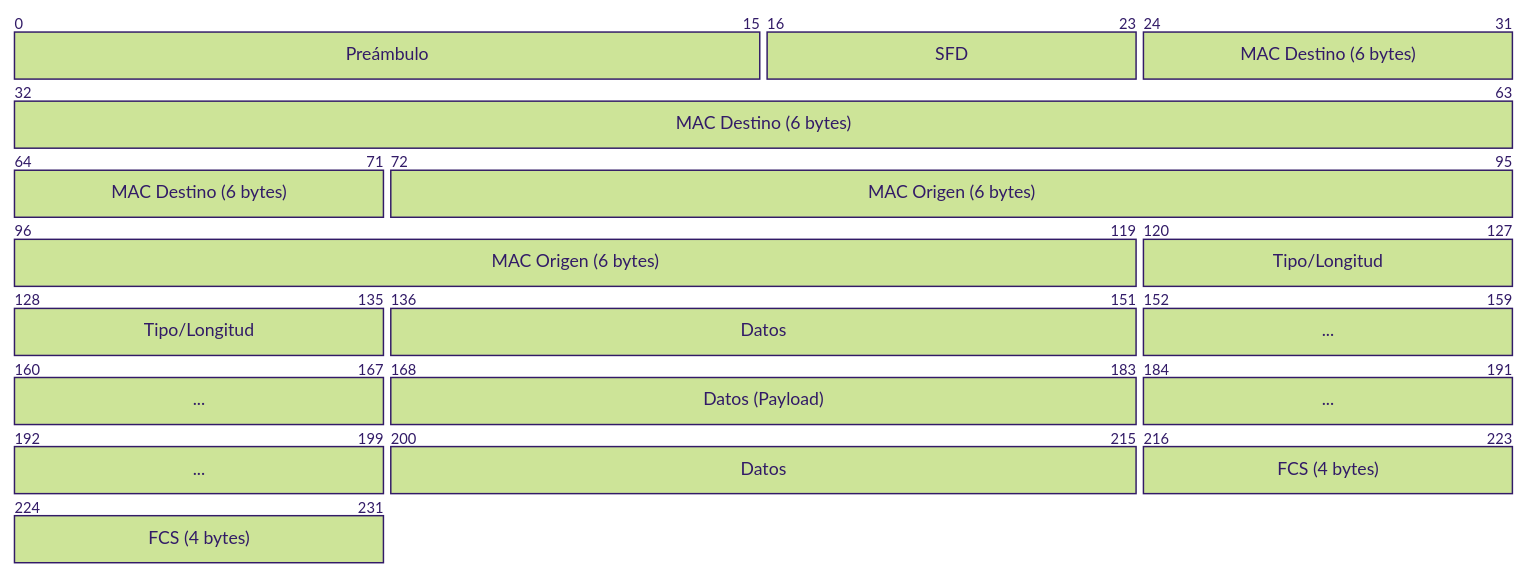
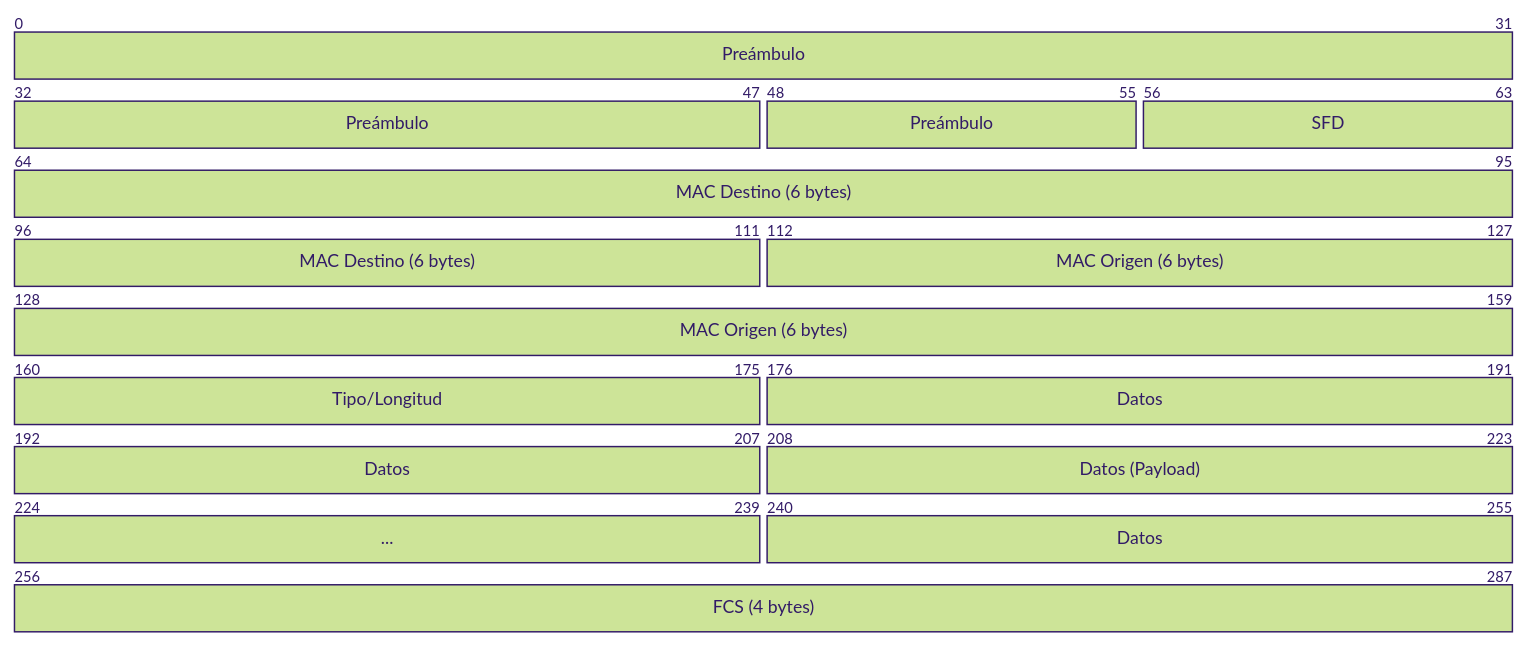
The seventh of 9 diagrams in ch1_p2_access_layer.qmd (rrunix/jer_slides), drawn with Mermaid (forest theme) before and after one commit. The commit also changed other lines of this file, not shown here.

Commit message:
update mermaid charts and minor improvements

````diff
--- a/ch1_p2_access_layer.qmd
+++ b/ch1_p2_access_layer.qmd
@@ -394,14 +523,16 @@
 ```{mermaid}
 packet-beta
-    0-15: "Preámbulo"
-    16-23: "SFD"
-    24-71: "MAC Destino (6 bytes)"
-    72-119: "MAC Origen (6 bytes)"
-    120-135: "Tipo/Longitud"
-    136-151: "Datos"
-    152-167: "..."
-    168-183: "Datos (Payload)"
-    184-199: "..."
-    200-215: "Datos"
-    216-231: "FCS (4 bytes)"
+    0-31: "Preámbulo"
+    32-47: "Preámbulo"
+    48-55: "Preámbulo"
+    56-63: "SFD"
+    64-111: "MAC Destino (6 bytes)"
+    112-159: "MAC Origen (6 bytes)"
+    160-175: "Tipo/Longitud"
+    176-191: "Datos"
+    192-207: "Datos"
+    208-223: "Datos (Payload)"
+    224-239: "..."
+    240-255: "Datos"
+    256-287: "FCS (4 bytes)"
 ```
````
